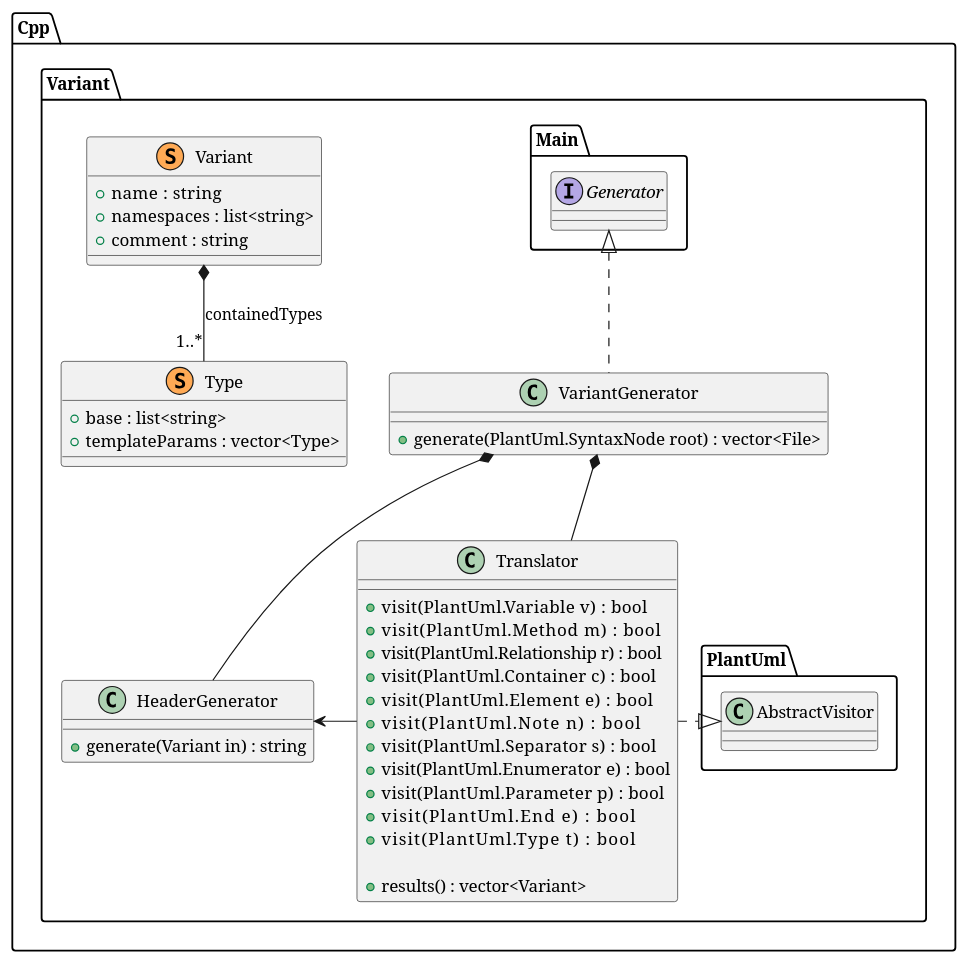
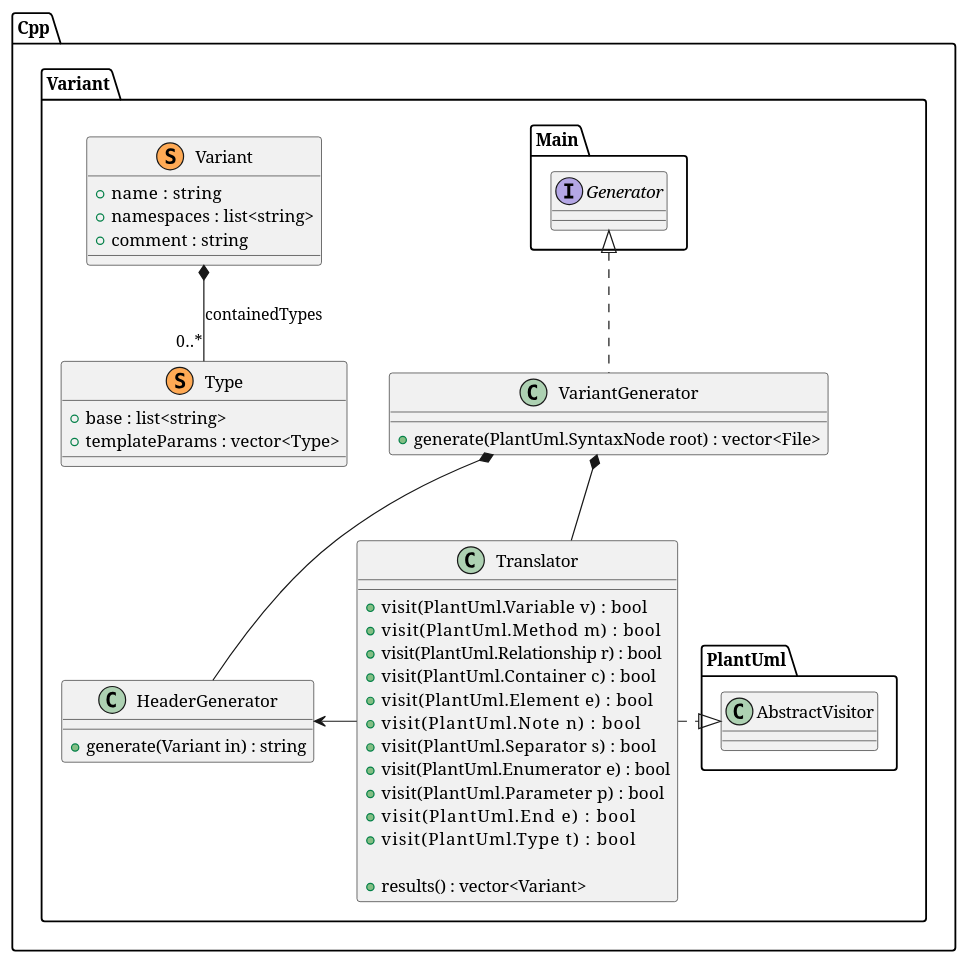
One commit to jteuber/PlantUML2Cpp changed the diagram in models/Variant.puml. Above: the diagram before and after it, drawn with PlantUML. The commit also changed 6 other files, not shown here.

```diff
--- a/models/Variant.puml
+++ b/models/Variant.puml
@@ -1,52 +1,52 @@
 @startuml Variant
 
 namespace Cpp {
     namespace Variant {
         ' *************** ALGORITHMS ***************
         class HeaderGenerator {
             +generate(Variant in) : string
         }
 
         class Translator
         {
             +visit(PlantUml.Variable v)     : bool
             +visit(PlantUml.Method m)       : bool
             +visit(PlantUml.Relationship r) : bool
             +visit(PlantUml.Container c)    : bool
             +visit(PlantUml.Element e)      : bool
             +visit(PlantUml.Note n)         : bool
             +visit(PlantUml.Separator s)    : bool
             +visit(PlantUml.Enumerator e)   : bool
             +visit(PlantUml.Parameter p)    : bool
             +visit(PlantUml.End e)          : bool
             +visit(PlantUml.Type t)         : bool
 
             +results() : vector<Variant>
         }
         Translator .|> PlantUml.AbstractVisitor
         Translator -left-> HeaderGenerator
 
 
         class VariantGenerator implements Main.Generator {
             +generate(PlantUml.SyntaxNode root) : vector<File>
         }
         VariantGenerator *-- Translator
         VariantGenerator *-- HeaderGenerator
 
         class Type << (S,#FFAA55) >>
         {
             +base : list<string>
             +templateParams : vector<Type>
         }
 
         class Variant << (S,#FFAA55) >>
         {
             +name  : string
             +namespaces : list<string>
             +comment : string
         }
 
-        Variant *-- "1..*" Type : containedTypes
+        Variant *-- "0..*" Type : containedTypes
     }
 }
 @enduml
```
